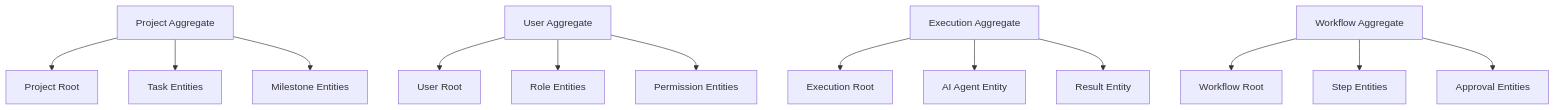
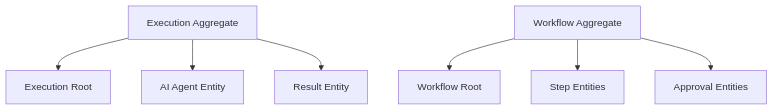
One commit to daichiTAAA/AgentOpsPlatform changed diagram 13 of 18 in docs/030000_設計/034000_アプリケーション設計/034010_ドメインモデル.md. Above: the diagram before and after it, drawn with Mermaid. The commit also changed other lines of this file, not shown here.

````diff
--- a/docs/030000_設計/034000_アプリケーション設計/034010_ドメインモデル.md
+++ b/docs/030000_設計/034000_アプリケーション設計/034010_ドメインモデル.md
@@ -846,18 +912,10 @@
 ```mermaid
 graph TD
-    A[Project Aggregate] --> B[Project Root]
-    A --> C[Task Entities]
-    A --> D[Milestone Entities]
-    
-    E[User Aggregate] --> F[User Root]
-    E --> G[Role Entities]
-    E --> H[Permission Entities]
-    
     I[Execution Aggregate] --> J[Execution Root]
     I --> K[AI Agent Entity]
     I --> L[Result Entity]
     
     M[Workflow Aggregate] --> N[Workflow Root]
     M --> O[Step Entities]
     M --> P[Approval Entities]
 ```
````
